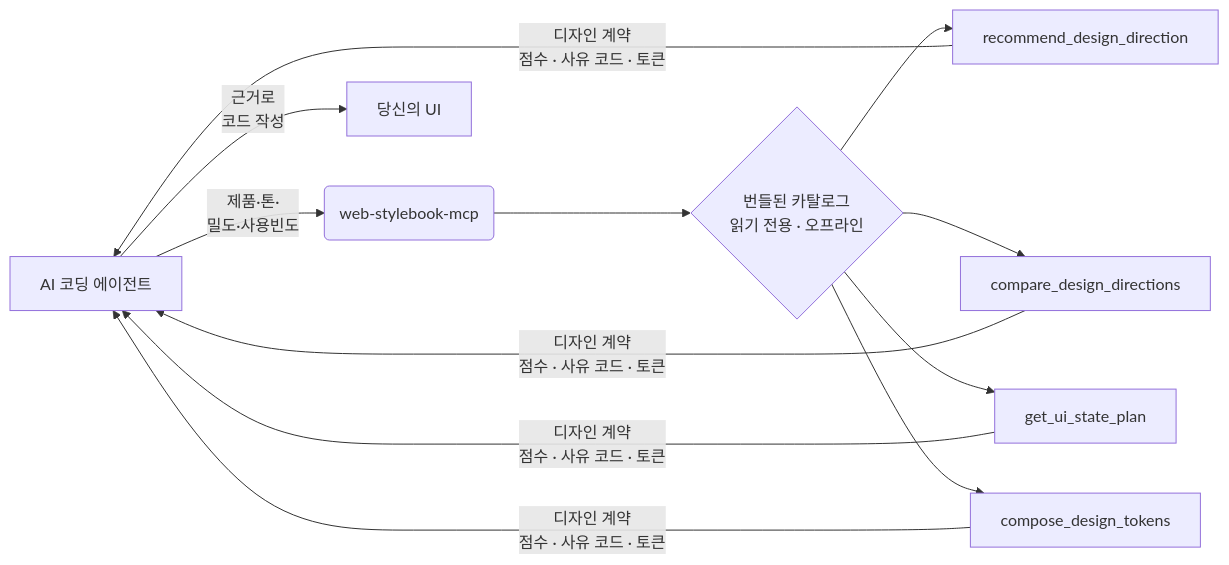
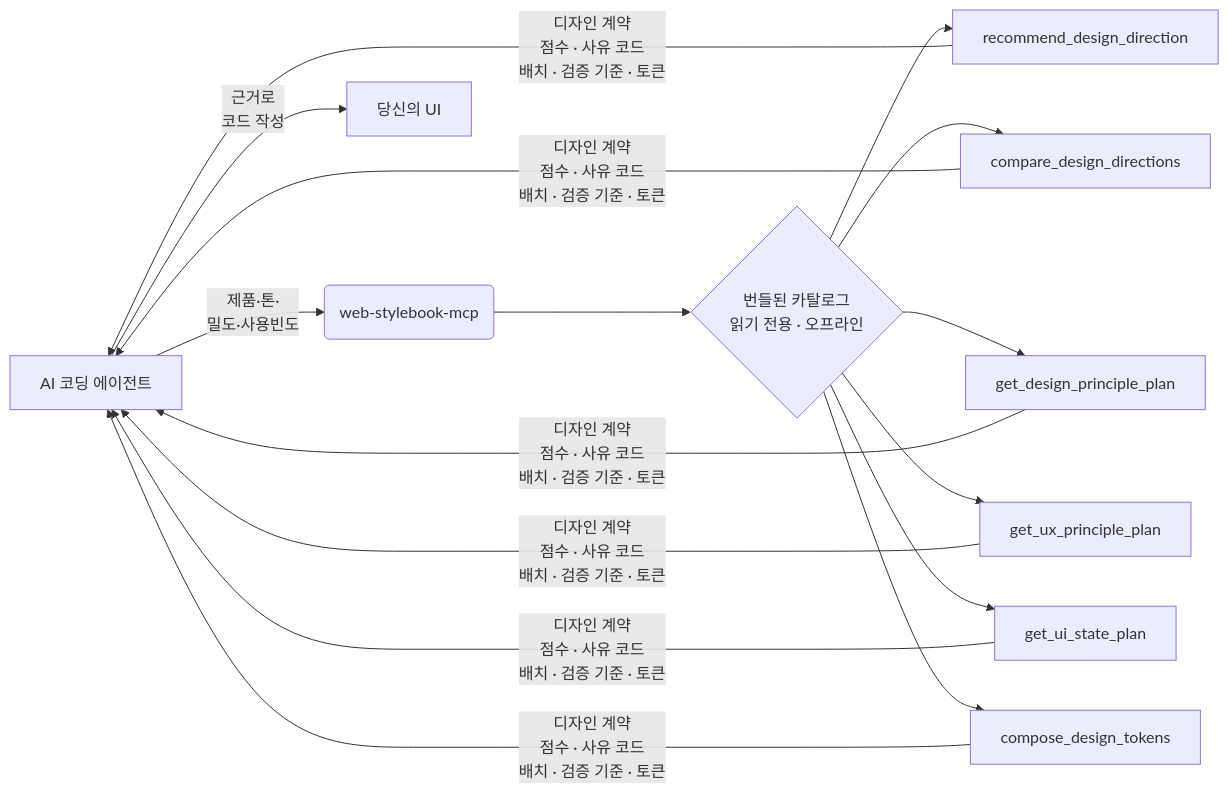
Before and after one commit to seungdori/web-stylebook-mcp: the diagram in README.ko.md, drawn with Mermaid. The commit also changed other lines of this file and 13 other files, not shown here.

````diff
--- a/README.ko.md
+++ b/README.ko.md
@@ -108,11 +110,13 @@
 ```mermaid
 flowchart LR
     A[AI 코딩 에이전트] -->|제품·톤·<br/>밀도·사용빈도| B(web-stylebook-mcp)
     B --> C{번들된 카탈로그<br/>읽기 전용 · 오프라인}
     C --> D[recommend_design_direction]
     C --> E[compare_design_directions]
-    C --> F[get_ui_state_plan]
-    C --> G[compose_design_tokens]
-    D & E & F & G -->|디자인 계약<br/>점수 · 사유 코드 · 토큰| A
-    A -->|근거로<br/>코드 작성| H[당신의 UI]
+    C --> F[get_design_principle_plan]
+    C --> G[get_ux_principle_plan]
+    C --> H[get_ui_state_plan]
+    C --> I[compose_design_tokens]
+    D & E & F & G & H & I -->|디자인 계약<br/>점수 · 사유 코드<br/>배치 · 검증 기준 · 토큰| A
+    A -->|근거로<br/>코드 작성| Z[당신의 UI]
 ```
````
